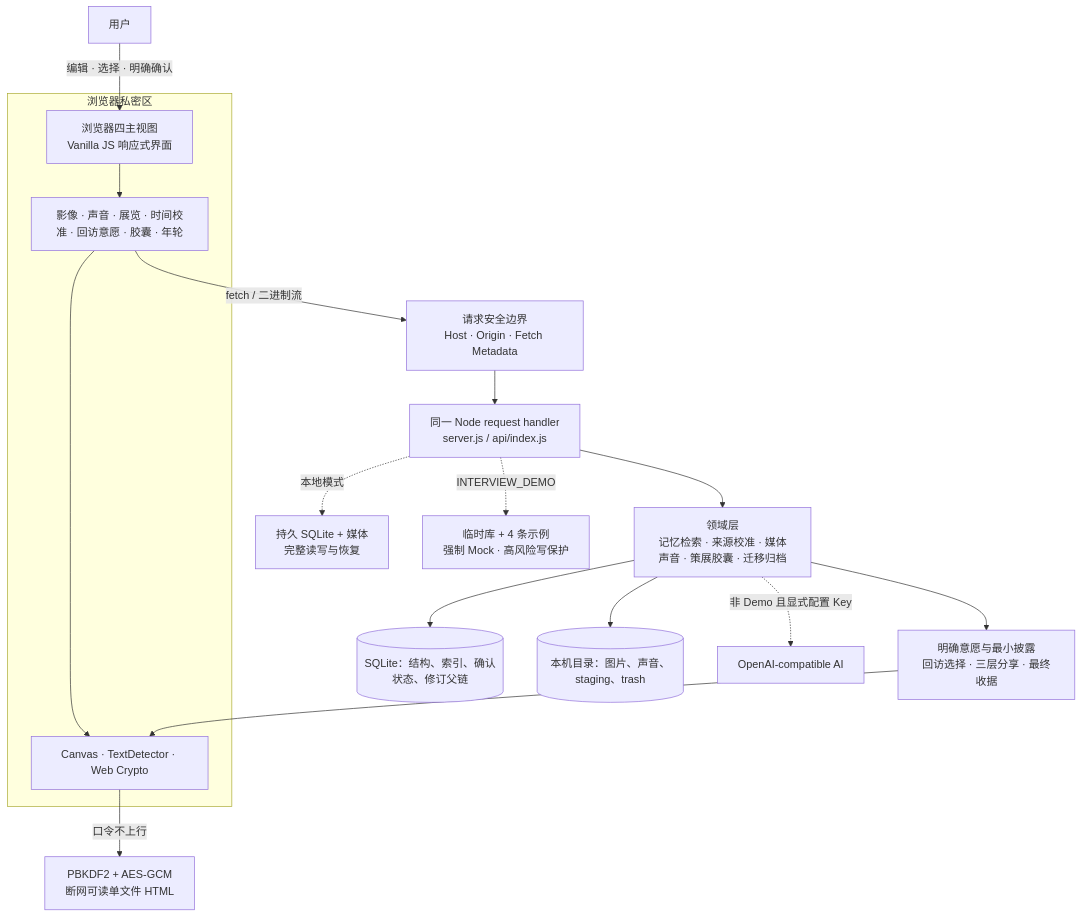
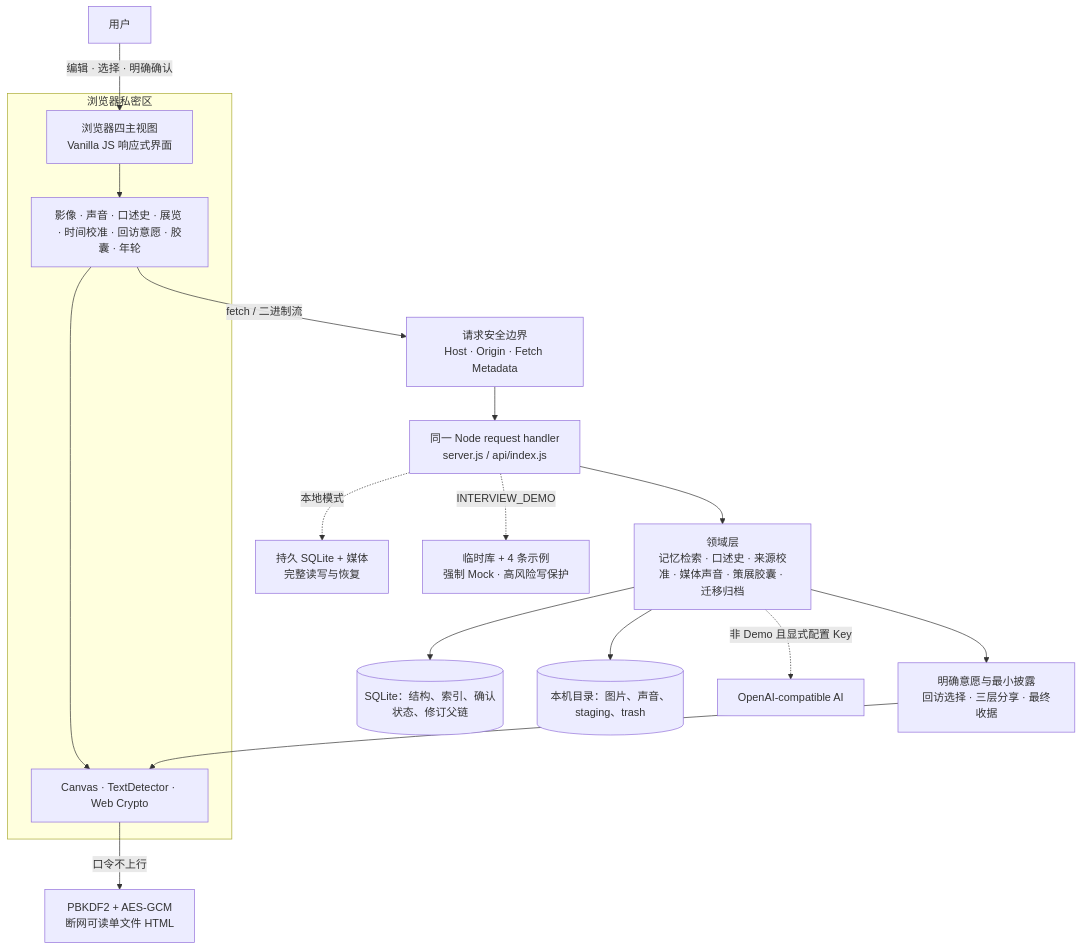
One commit to JieE-212/AI_memory_museum changed the diagram in 项目文档/面试展示手册.md. Above: the diagram before and after it, drawn with Mermaid. The commit also changed other lines of this file and 51 other files, not shown here.

````diff
--- a/项目文档/面试展示手册.md
+++ b/项目文档/面试展示手册.md
@@ -70,23 +73,23 @@
 ```mermaid
 flowchart TB
   U["用户"] -->|"编辑 · 选择 · 明确确认"| UI["浏览器四主视图<br/>Vanilla JS 响应式界面"]
 
   subgraph B["浏览器私密区"]
-    UI --> MOD["影像 · 声音 · 展览 · 时间校准 · 回访意愿 · 胶囊 · 年轮"]
+    UI --> MOD["影像 · 声音 · 口述史 · 展览 · 时间校准 · 回访意愿 · 胶囊 · 年轮"]
     MOD --> LOCAL["Canvas · TextDetector · Web Crypto"]
   end
 
   MOD -->|"fetch / 二进制流"| SEC["请求安全边界<br/>Host · Origin · Fetch Metadata"]
   SEC --> HTTP["同一 Node request handler<br/>server.js / api/index.js"]
-  HTTP --> DOMAIN["领域层<br/>记忆检索 · 来源校准 · 媒体声音 · 策展胶囊 · 迁移归档"]
+  HTTP --> DOMAIN["领域层<br/>记忆检索 · 口述史 · 来源校准 · 媒体声音 · 策展胶囊 · 迁移归档"]
   DOMAIN --> DB[("SQLite：结构、索引、确认状态、修订父链")]
   DOMAIN --> FS[("本机目录：图片、声音、staging、trash")]
   DOMAIN -. "非 Demo 且显式配置 Key" .-> AI["OpenAI-compatible AI"]
 
   DOMAIN --> GATE["明确意愿与最小披露<br/>回访选择 · 三层分享 · 最终收据"]
   GATE --> LOCAL
   LOCAL -->|"口令不上行"| OFF["PBKDF2 + AES-GCM<br/>断网可读单文件 HTML"]
 
   HTTP -. "本地模式" .-> PERSIST["持久 SQLite + 媒体<br/>完整读写与恢复"]
   HTTP -. "INTERVIEW_DEMO" .-> DEMO["临时库 + 4 条示例<br/>强制 Mock · 高风险写保护"]
 ```
````
